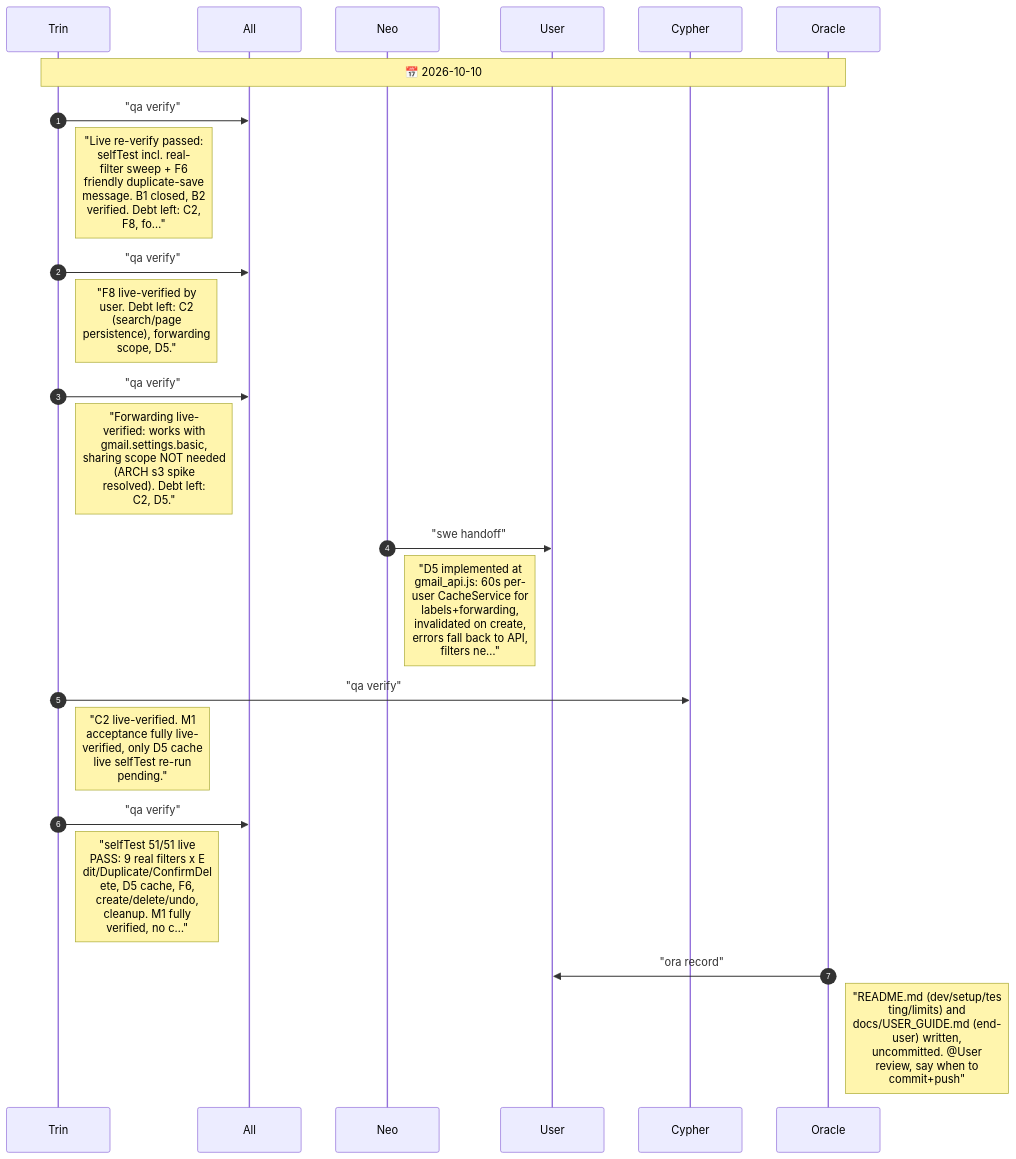
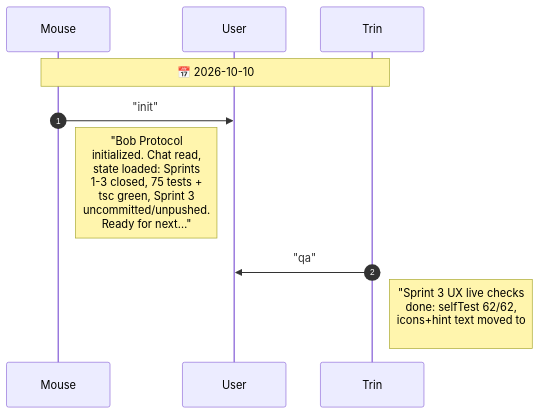
Before and after one commit to drusifer/gmail-unsucked: the diagram in agents/CHAT.diagram.md, drawn with Mermaid. The commit also changed 26 other files, not shown here.

First line of the commit message:
Sprint 3: UX polish (filter rows, detail card, editor, growing list)

````diff
--- a/agents/CHAT.diagram.md
+++ b/agents/CHAT.diagram.md
@@ -5,26 +5,13 @@
 ```mermaid
 %%{init: {"sequence": {"messageFontSize": 14, "noteFontSize": 18, "actorFontSize": 14}}}%%
 sequenceDiagram
     autonumber
+    participant Mouse
+    participant User
     participant Trin
-    participant All
-    participant Neo
-    participant User
-    participant Cypher
-    participant Oracle
-    Note over Trin,Oracle: 📅 2026-10-10
-    Trin->>All: "qa verify"
-    Note right of Trin: "Live re-verify passed:<br/>selfTest incl. real-<br/>filter sweep + F6<br/>friendly duplicate-save<br/>message. B1 closed, B2<br/>verified. Debt left: C2,<br/>F8, fo…"
-    Trin->>All: "qa verify"
-    Note right of Trin: "F8 live-verified by<br/>user. Debt left: C2<br/>(search/page<br/>persistence), forwarding<br/>scope, D5."
-    Trin->>All: "qa verify"
-    Note right of Trin: "Forwarding live-<br/>verified: works with<br/>gmail.settings.basic,<br/>sharing scope NOT needed<br/>(ARCH s3 spike<br/>resolved). Debt left:<br/>C2, D5."
-    Neo->>User: "swe handoff"
-    Note right of Neo: "D5 implemented at<br/>gmail_api.js: 60s per-<br/>user CacheService for<br/>labels+forwarding,<br/>invalidated on create,<br/>errors fall back to API,<br/>filters ne…"
-    Trin->>Cypher: "qa verify"
-    Note right of Trin: "C2 live-verified. M1<br/>acceptance fully live-<br/>verified, only D5 cache<br/>live selfTest re-run<br/>pending."
-    Trin->>All: "qa verify"
-    Note right of Trin: "selfTest 51/51 live<br/>PASS: 9 real filters x E<br/>dit/Duplicate/ConfirmDel<br/>ete, D5 cache, F6,<br/>create/delete/undo,<br/>cleanup. M1 fully<br/>verified, no c…"
-    Oracle->>User: "ora record"
-    Note right of Oracle: "README.md (dev/setup/tes<br/>ting/limits) and<br/>docs/USER_GUIDE.md (end-<br/>user) written,<br/>uncommitted. @User<br/>review, say when to<br/>commit+push"
+    Note over Mouse,Trin: 📅 2026-10-10
+    Mouse->>User: "init"
+    Note right of Mouse: "Bob Protocol<br/>initialized. Chat read,<br/>state loaded: Sprints<br/>1-3 closed, 75 tests +<br/>tsc green, Sprint 3<br/>uncommitted/unpushed.<br/>Ready for next…"
+    Trin->>User: "qa"
+    Note right of Trin: "Sprint 3 UX live checks<br/>done: selfTest 62/62,<br/>icons+hint text moved to<br/>#757575 (contrast<br/>verified), U6 verified<br/>by user. Uncommitted."
 ```
````
